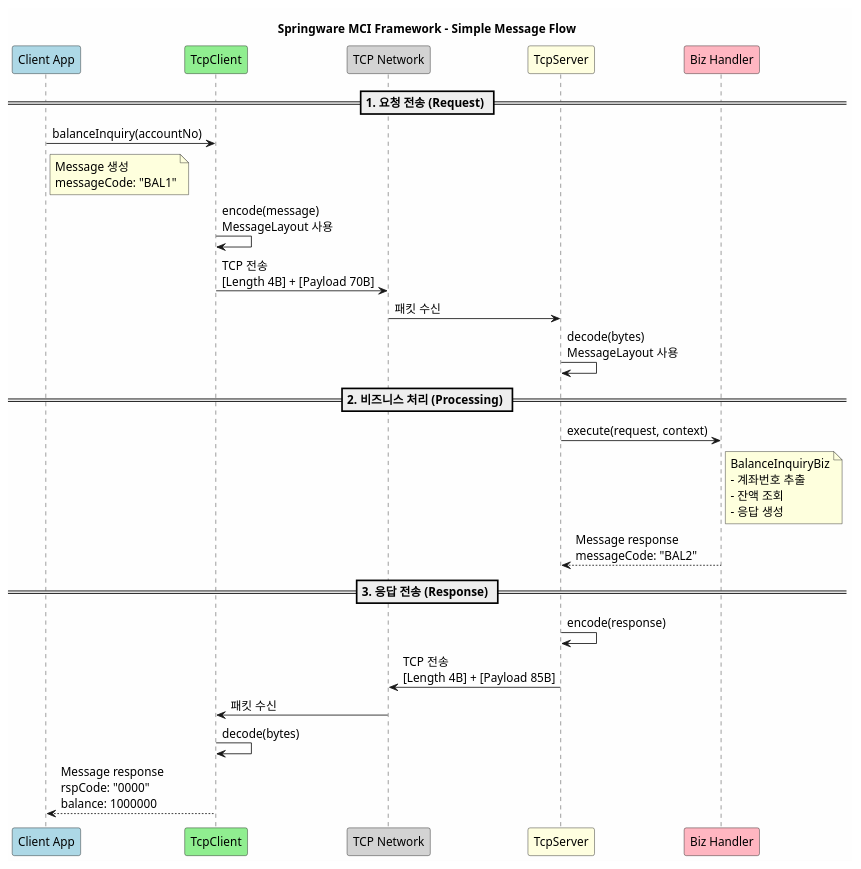
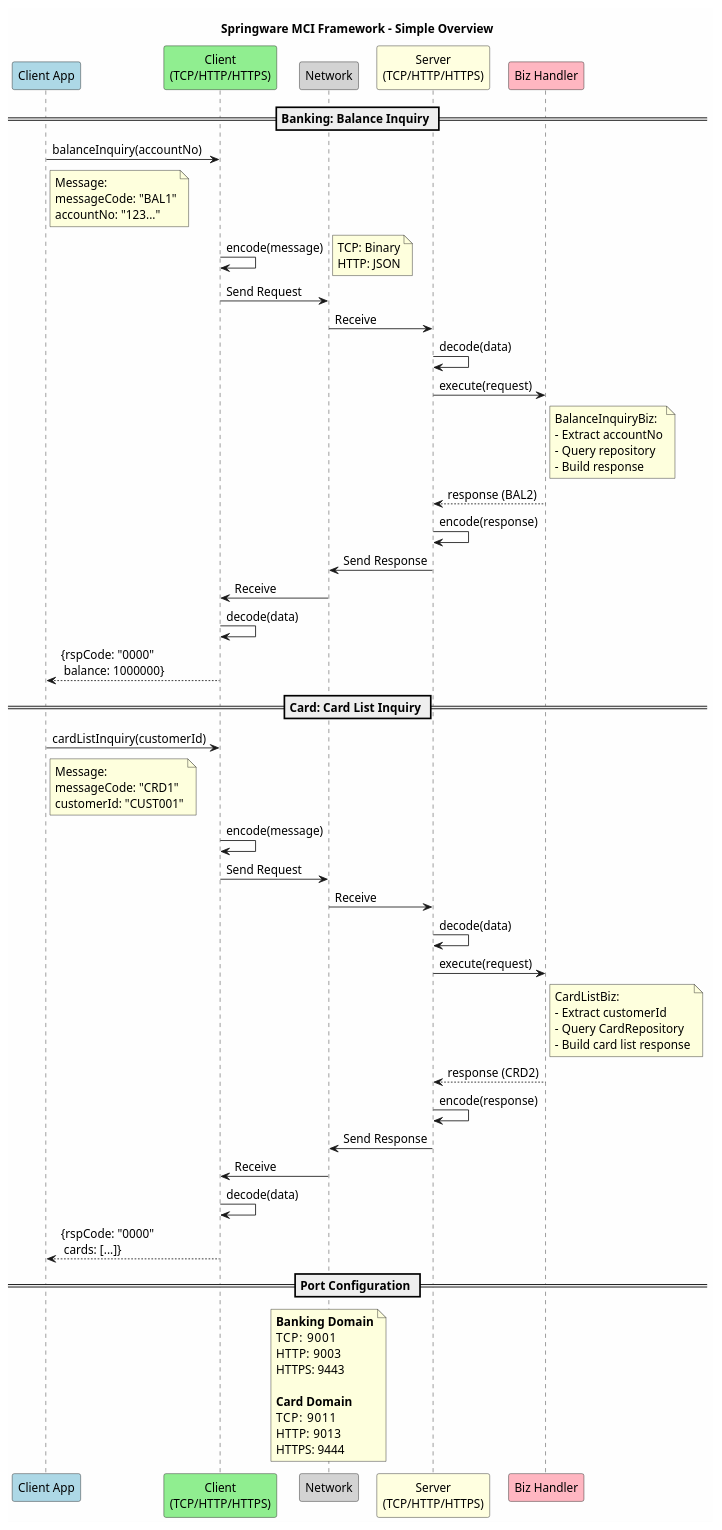
The diagram in docs/sequence-diagram-simple.puml (neobnsrnd-team/integration), drawn with PlantUML before and after one commit. The commit also changed 7 other files, not shown here.

First line of the commit message:
Docs: Update PlantUML diagrams with Banking and Card domains

```diff
--- a/docs/sequence-diagram-simple.puml
+++ b/docs/sequence-diagram-simple.puml
@@ -1,55 +1,96 @@
 @startuml MCI Framework Simple Overview
 
-title Springware MCI Framework - Simple Message Flow
+title Springware MCI Framework - Simple Overview
 
 skinparam backgroundColor #FEFEFE
 skinparam handwritten false
 skinparam defaultFontSize 14
 
 participant "Client App" as App #LightBlue
-participant "TcpClient" as Client #LightGreen
-participant "TCP Network" as Net #LightGray
-participant "TcpServer" as Server #LightYellow
+participant "Client\n(TCP/HTTP/HTTPS)" as Client #LightGreen
+participant "Network" as Net #LightGray
+participant "Server\n(TCP/HTTP/HTTPS)" as Server #LightYellow
 participant "Biz Handler" as Biz #LightPink
 
-== 1. 요청 전송 (Request) ==
+== Banking: Balance Inquiry ==
 
 App -> Client : balanceInquiry(accountNo)
 note right of App
-  Message 생성
+  Message:
   messageCode: "BAL1"
+  accountNo: "123..."
 end note
 
-Client -> Client : encode(message)\nMessageLayout 사용
+Client -> Client : encode(message)
+note right: TCP: Binary\nHTTP: JSON
 
-Client -> Net : TCP 전송\n[Length 4B] + [Payload 70B]
+Client -> Net : Send Request
+Net -> Server : Receive
 
-Net -> Server : 패킷 수신
+Server -> Server : decode(data)
+Server -> Biz : execute(request)
 
-Server -> Server : decode(bytes)\nMessageLayout 사용
-
-== 2. 비즈니스 처리 (Processing) ==
-
-Server -> Biz : execute(request, context)
 note right of Biz
-  BalanceInquiryBiz
-  - 계좌번호 추출
-  - 잔액 조회
-  - 응답 생성
+  BalanceInquiryBiz:
+  - Extract accountNo
+  - Query repository
+  - Build response
 end note
 
-Biz --> Server : Message response\nmessageCode: "BAL2"
-
-== 3. 응답 전송 (Response) ==
-
+Biz --> Server : response (BAL2)
 Server -> Server : encode(response)
 
-Server -> Net : TCP 전송\n[Length 4B] + [Payload 85B]
+Server -> Net : Send Response
+Net -> Client : Receive
 
-Net -> Client : 패킷 수신
+Client -> Client : decode(data)
+Client --> App : {rspCode: "0000"\n balance: 1000000}
 
-Client -> Client : decode(bytes)
+== Card: Card List Inquiry ==
 
-Client --> App : Message response\nrspCode: "0000"\nbalance: 1000000
+App -> Client : cardListInquiry(customerId)
+note right of App
+  Message:
+  messageCode: "CRD1"
+  customerId: "CUST001"
+end note
+
+Client -> Client : encode(message)
+
+Client -> Net : Send Request
+Net -> Server : Receive
+
+Server -> Server : decode(data)
+Server -> Biz : execute(request)
+
+note right of Biz
+  CardListBiz:
+  - Extract customerId
+  - Query CardRepository
+  - Build card list response
+end note
+
+Biz --> Server : response (CRD2)
+Server -> Server : encode(response)
+
+Server -> Net : Send Response
+Net -> Client : Receive
+
+Client -> Client : decode(data)
+Client --> App : {rspCode: "0000"\n cards: [...]}
+
+== Port Configuration ==
+
+note over Net
+  **Banking Domain**
+  TCP:   9001
+  HTTP:  9003
+  HTTPS: 9443
+
+  **Card Domain**
+  TCP:   9011
+  HTTP:  9013
+  HTTPS: 9444
+end note
 
 @enduml
```
